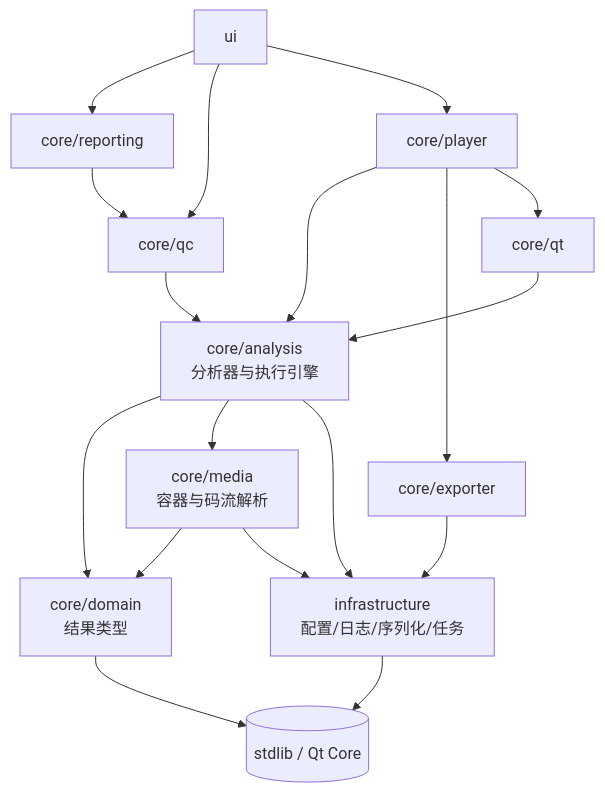
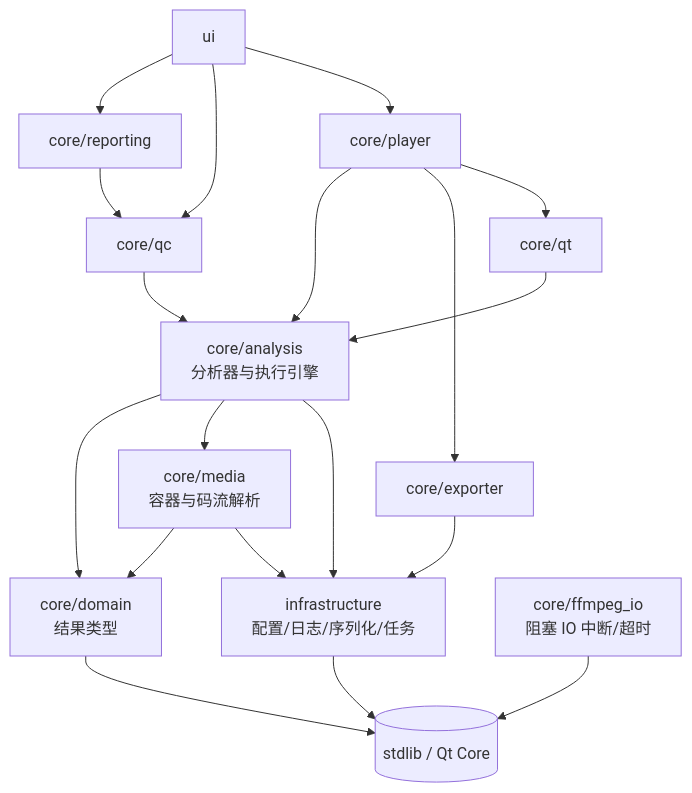
Before and after one commit to HZer0K/VideoEye: the diagram in docs/ARCHITECTURE.md, drawn with Mermaid. The commit also changed other lines of this file and 20 other files, not shown here.

````diff
--- a/docs/ARCHITECTURE.md
+++ b/docs/ARCHITECTURE.md
@@ -41,20 +42,21 @@
 ```mermaid
 graph TD
     DOMAIN[core/domain<br/>结果类型] --> STD[(stdlib / Qt Core)]
     INFRA[infrastructure<br/>配置/日志/序列化/任务] --> STD
+    FFIO[core/ffmpeg_io<br/>阻塞 IO 中断/超时] --> STD
     MEDIA[core/media<br/>容器与码流解析] --> DOMAIN
     MEDIA --> INFRA
     ANALYSIS[core/analysis<br/>分析器与执行引擎] --> DOMAIN
     ANALYSIS --> MEDIA
     ANALYSIS --> INFRA
     EXPORTER[core/exporter] --> INFRA
     PLAYBACK[core/player] --> ANALYSIS
     PLAYBACK --> EXPORTER
     PLAYBACK --> QTADAPTER
     QC[core/qc] --> ANALYSIS
     REPORTING[core/reporting] --> QC
     QTADAPTER[core/qt] --> ANALYSIS
     UI[ui] --> REPORTING
     UI --> QC
     UI --> PLAYBACK
 ```
````
